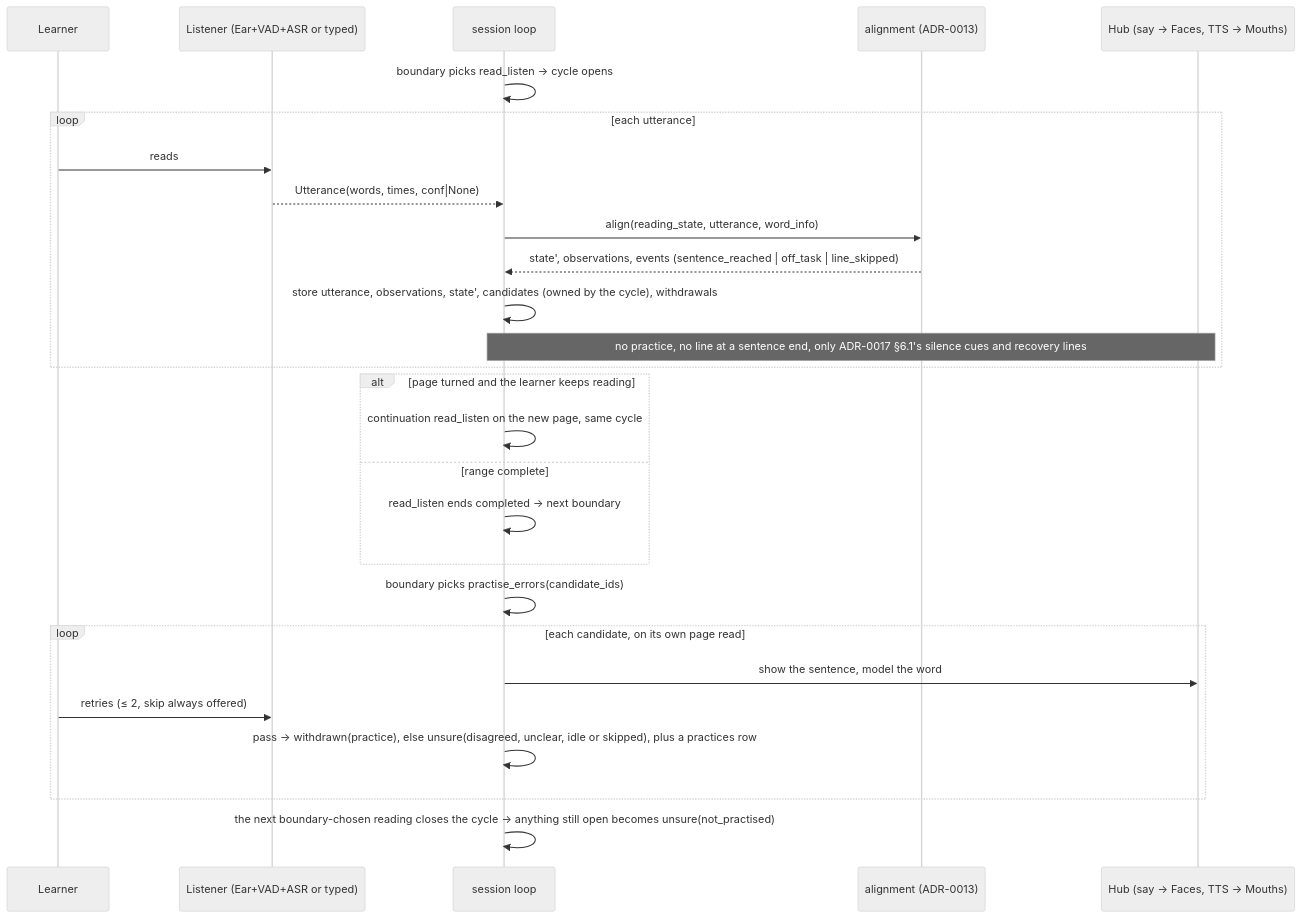
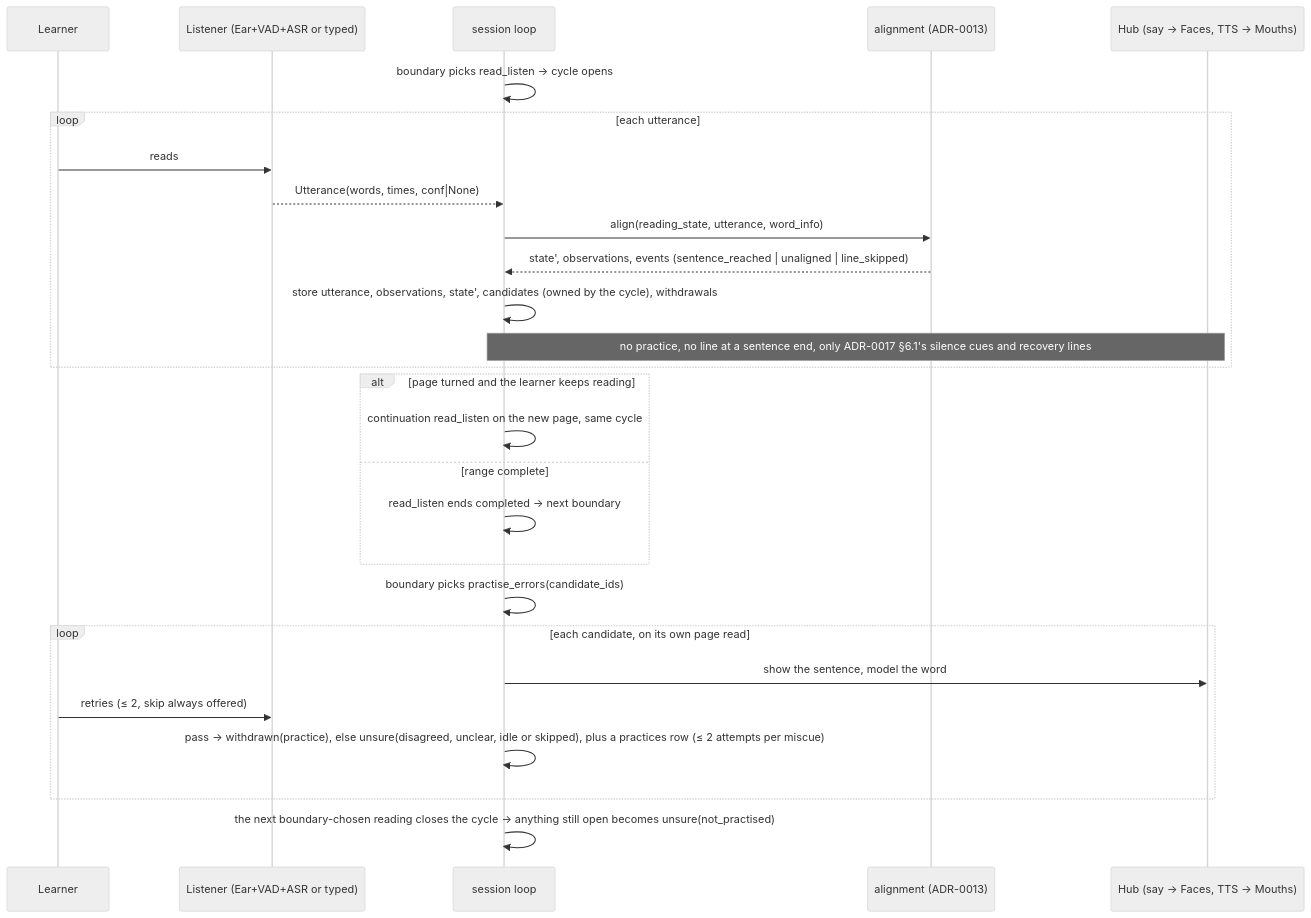
Before and after one commit to scil/Leafi: the second of 2 diagrams in docs/architecture/flows/reading-session.md, drawn with Mermaid (neutral theme). The commit also changed 6 other files, not shown here.

````diff
--- a/docs/architecture/flows/reading-session.md
+++ b/docs/architecture/flows/reading-session.md
@@ -34,29 +34,29 @@
 ```mermaid
 sequenceDiagram
     participant L as Learner
     participant Lis as Listener (Ear+VAD+ASR or typed)
     participant S as session loop
     participant A as alignment (ADR-0013)
     participant H as Hub (say → Faces, TTS → Mouths)
     S->>S: boundary picks read_listen → cycle opens
     loop each utterance
         L->>Lis: reads
         Lis-->>S: Utterance(words, times, conf|None)
         S->>A: align(reading_state, utterance, word_info)
-        A-->>S: state', observations, events (sentence_reached | off_task | line_skipped)
+        A-->>S: state', observations, events (sentence_reached | unaligned | line_skipped)
         S->>S: store utterance, observations, state', candidates (owned by the cycle), withdrawals
         Note over S,H: no practice, no line at a sentence end, only ADR-0017 §6.1's silence cues and recovery lines
     end
     alt page turned and the learner keeps reading
         S->>S: continuation read_listen on the new page, same cycle
     else range complete
         S->>S: read_listen ends completed → next boundary
     end
     S->>S: boundary picks practise_errors(candidate_ids)
     loop each candidate, on its own page read
         S->>H: show the sentence, model the word
         L->>Lis: retries (≤ 2, skip always offered)
-        S->>S: pass → withdrawn(practice), else unsure(disagreed, unclear, idle or skipped), plus a practices row
+        S->>S: pass → withdrawn(practice), else unsure(disagreed, unclear, idle or skipped), plus a practices row (≤ 2 attempts per miscue)
     end
     S->>S: the next boundary-chosen reading closes the cycle → anything still open becomes unsure(not_practised)
 ```
````
